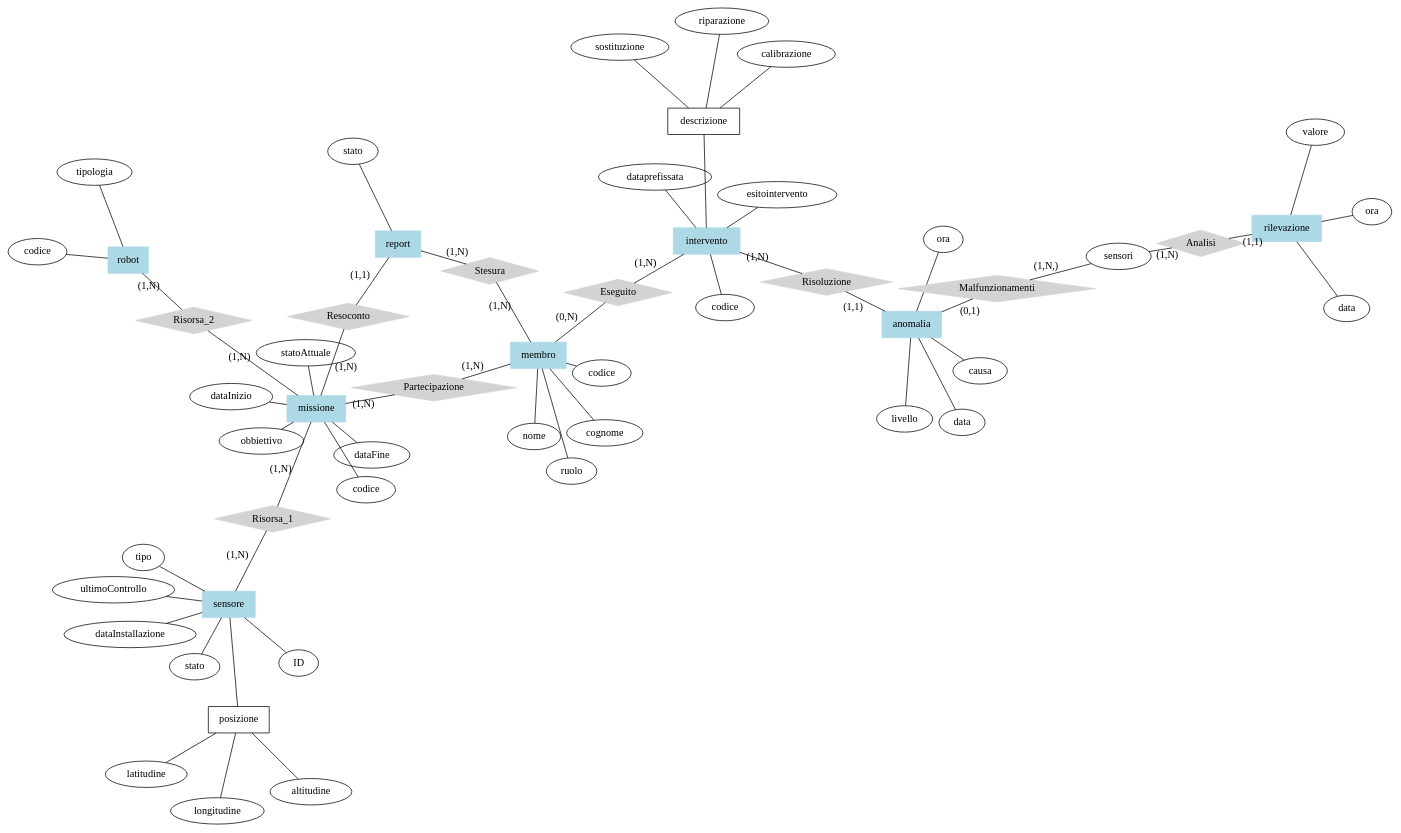
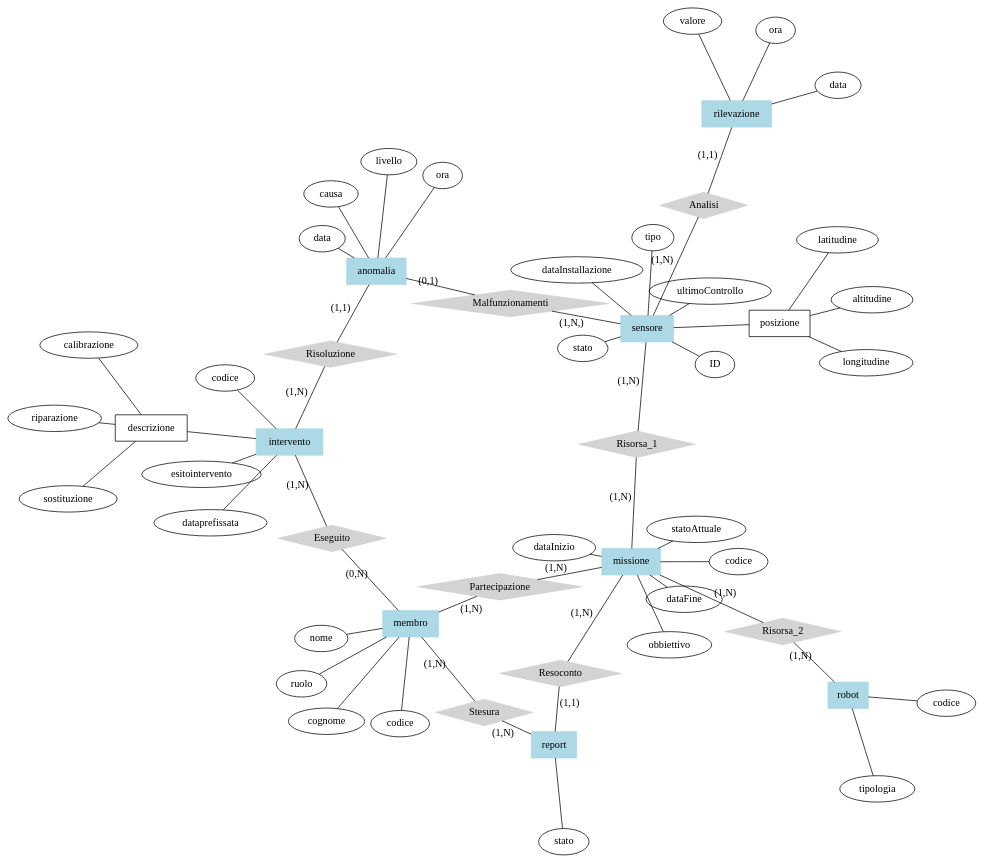
Before and after one commit to Air4x/Progetto-2024-25-DB: the diagram in Modello-ER.dot, drawn with Graphviz. The commit also changed 1 other file, not shown here.

Commit message:
Correzione: da sensori -> sensore

```diff
--- a/Modello-ER.dot
+++ b/Modello-ER.dot
@@ -1,123 +1,123 @@
 graph ER {
     layout=neato;
     overlap=false;
     // Entità
     /// Missione
     missione[shape="box", style=filled, color="lightblue"];
     missione_codice[label="codice"];
     missione_obbiettivo[label="obbiettivo"];
     missione_statoattuale[label="statoAttuale"];
     missione_dataFine[label="dataFine"];
     missione_dataInizio[label="dataInizio"];
     missione -- missione_codice;
     missione -- missione_obbiettivo;
     missione -- missione_statoattuale;
     missione -- missione_dataFine;
     missione -- missione_dataInizio;
     /// Membri dell'Equipaggio
     membro[shape="box", style=filled, color="lightblue"];
     membro_codice[label="codice"];
     membro_nome[label="nome"];
     membro_cognome[label="cognome"];
     membro_ruolo[label="ruolo"];
     membro -- membro_codice;
     membro -- membro_nome;
     membro -- membro_cognome;
     membro -- membro_ruolo;
     /// Sensori
     sensore[shape="box", style=filled, color="lightblue"];
     sensore_ID[label="ID"];
     sensore_posizione[shape="box", label="posizione"];
     sensore_pos_latitudine[label="latitudine"];
     sensore_pos_longitudine[label="longitudine"];
     sensore_pos_altitudine[label="altitudine"];
     sensore_tipo[label="tipo"];
     sensore_dataInstallazione[label="dataInstallazione"];
     sensore_ultimoControllo[label="ultimoControllo"];
     sensore_stato[label="stato"];
     sensore -- sensore_ID;
     sensore -- sensore_posizione;
     sensore_posizione -- sensore_pos_latitudine;
     sensore_pos_longitudine -- sensore_posizione -- sensore_pos_altitudine;
     sensore -- sensore_tipo;
     sensore -- sensore_dataInstallazione;
     sensore -- sensore_ultimoControllo;
     sensore -- sensore_stato;
     /// Robot
     robot[shape="box", style=filled, color="lightblue"];
     robot_codice[label="codice"];
     robot_tipo[label="tipologia"];
     robot_codice -- robot -- robot_tipo;
     /// Rilevazione
     rilevazione[shape="box", style=filled, color="lightblue"];
     rilevazione_data[label="data"];
     rilevazione_ora[label="ora"];
     rilevazione_valore[label="valore"];
     rilevazione_data -- rilevazione -- rilevazione_ora;
     rilevazione -- rilevazione_valore;
     /// Anomalia
     anomalia[shape="box", style=filled, color="lightblue"];
     anomalia_data[label="data"];
     anomalia_ora[label="ora"];
     anomalia_causa[label="causa"];
     anomalia_livello[label="livello"];
     anomalia_data -- anomalia -- anomalia_ora;
     anomalia_causa -- anomalia -- anomalia_livello;
     /// Intervento
     intervento[shape="box", style=filled, color="lightblue"];
     intervento_codice[label="codice"];
     intervento_descrizione[shape="box", label="descrizione"];
     intervento_descrizione_riparazione[label="riparazione"];
     intervento_descrizione_calibrazione[label="calibrazione"];
     intervento_descrizione_sostituzione[label="sostituzione"];
     intervento_dataprefissata[label="dataprefissata"];
     intervento_esitointervento[label="esitointervento"];
     intervento -- intervento_codice;
     intervento -- intervento_descrizione;
     intervento_descrizione_riparazione -- intervento_descrizione -- intervento_descrizione_calibrazione;
     intervento_descrizione_sostituzione -- intervento_descrizione;
     intervento -- intervento_esitointervento;
     intervento -- intervento_dataprefissata;
     /// Report
     report[shape="box", style=filled, color="lightblue"];
     report_statomissione[label="stato"];
     report -- report_statomissione;
     // Relazioni
     /// Resoconto [missione (1,N) - report (1,1)]
     Resoconto[shape="diamond", style=filled, color="lightgray"];
     missione -- Resoconto[label="(1,N)"];
     Resoconto -- report[label="(1,1)"];
     ///Stesura [membro (1,N) - report (1,N)]
     Stesura[shape="diamond", style=filled, color="lightgray"];
     membro -- Stesura[label="(1,N)"];
     Stesura -- report[label="(1,N)"];
     ///Partecipazione [missione (1,N) - membro (1,N)]
     Partecipazione[shape="diamond", style=filled, color="lightgray"];
     missione -- Partecipazione[label="(1,N)"];
     Partecipazione -- membro[label="(1,N)"];
     ///Eseguito [intevento (1,N) - membro (0,N)]
     Eseguito[shape="diamond", style=filled, color="lightgray"];
     intervento -- Eseguito[label="(1,N)"];
     Eseguito -- membro[label="(0,N)"];
     ///Risorsa_1 [missione (1,N) - sensori (1,N)]
     Risorsa_1[shape="diamond", style=filled, color="lightgray"];
     missione -- Risorsa_1[label="(1,N)"];
     Risorsa_1 -- sensore[label="(1,N)"];
     ///Risorsa_2 [missione (1,N) - robot (1,N)]
     Risorsa_2[shape="diamond", style=filled, color="lightgray"];
     missione -- Risorsa_2[label="(1,N)"];
     Risorsa_2 -- robot[label="(1,N)"];
     ///Analisi [sensori (1,N) - rivelazioni (1,1)]
     Analisi[shape="diamond", style=filled, color="lightgray"];
-    sensori -- Analisi[label="(1,N)"];
+    sensore -- Analisi[label="(1,N)"];
     Analisi -- rilevazione[label="(1,1)"];
     ///Malfunzionamenti [sensori (1,N) - anomalia (0,1)]
     Malfunzionamenti[shape="diamond", style=filled, color="lightgray"];
-    sensori -- Malfunzionamenti[label="(1,N,)"];
+    sensore -- Malfunzionamenti[label="(1,N,)"];
     Malfunzionamenti -- anomalia[label="(0,1)"];
     ///Risoluzione [anomalia (1,1) - intevento (1,N,)]
     Risoluzione[shape="diamond", style=filled, color="lightgray"];
     anomalia -- Risoluzione[label="(1,1)"];
     Risoluzione -- intervento[label="(1,N)"];
     // Varie ed Eventuali
 }
```
